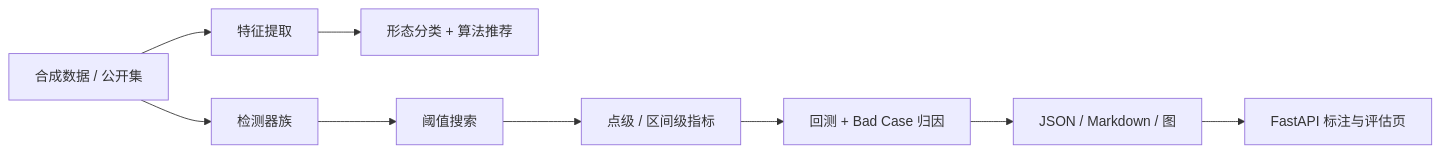
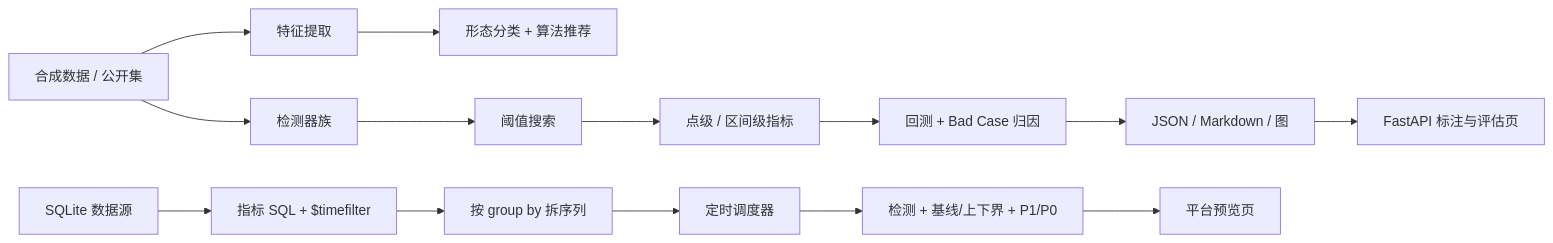
The diagram in README.md (RiverWind1024/anomaly-lab), drawn with Mermaid before and after one commit. The commit also changed other lines of this file and 9 other files, not shown here.

````diff
--- a/README.md
+++ b/README.md
@@ -13,11 +13,16 @@
 ```mermaid
 flowchart LR
   A[合成数据 / 公开集] --> B[特征提取]
   B --> C[形态分类 + 算法推荐]
   A --> D[检测器族]
   D --> E[阈值搜索]
   E --> F[点级 / 区间级指标]
   F --> G[回测 + Bad Case 归因]
   G --> H[JSON / Markdown / 图]
   H --> I[FastAPI 标注与评估页]
+  S[SQLite 数据源] --> SP[指标 SQL + $timefilter]
+  SP --> SPL[按 group by 拆序列]
+  SPL --> SCH[定时调度器]
+  SCH --> RUN[检测 + 基线/上下界 + P1/P0]
+  RUN --> PV[平台预览页]
 ```
````
